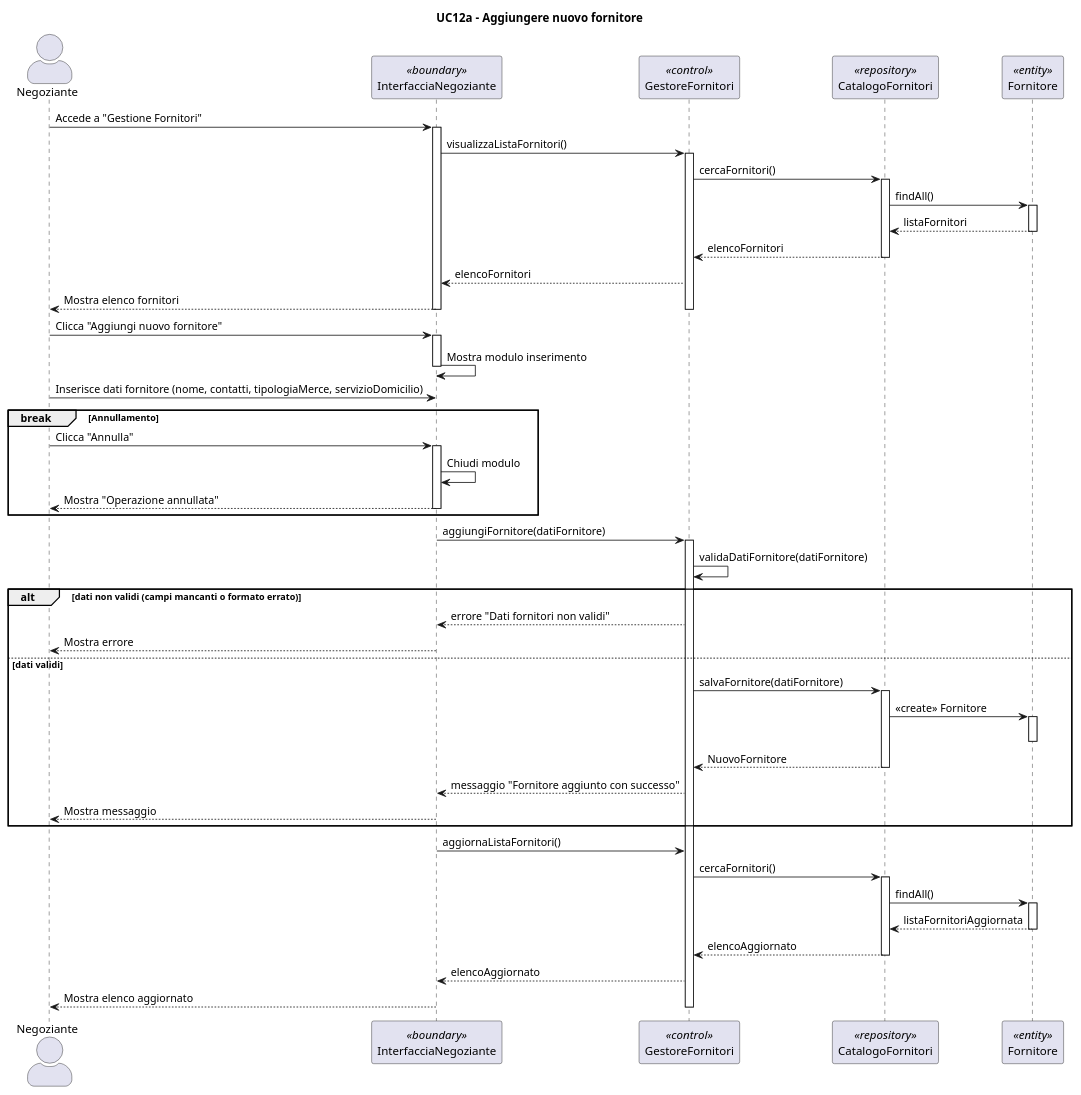
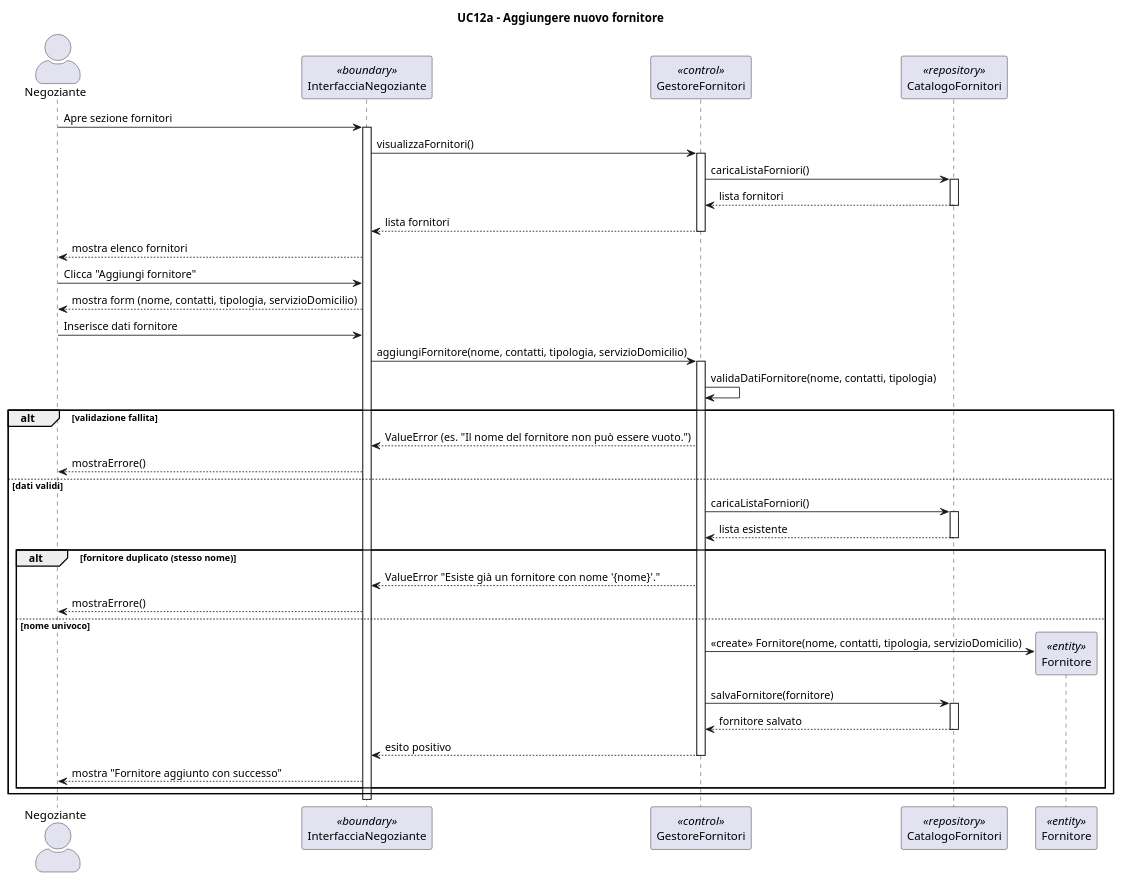
One commit to Samepsilon/FloWare changed the diagram in diagrammiUML/diagrammi di sequenza/UC12a_Aggiungere_Nuovo_Fornitore.puml. Above: the diagram before and after it, drawn with PlantUML. The commit also changed 19 other files, not shown here.

Commit message:
fine diagrammi di sequenza

```diff
--- a/diagrammiUML/diagrammi di sequenza/UC12a_Aggiungere_Nuovo_Fornitore.puml
+++ b/diagrammiUML/diagrammi di sequenza/UC12a_Aggiungere_Nuovo_Fornitore.puml
@@ -1,77 +1,60 @@
 @startuml
 title UC12a - Aggiungere nuovo fornitore
 skinparam actorStyle awesome
 
 actor "Negoziante" as N
 participant "InterfacciaNegoziante" as IN <<boundary>>
-participant "GestoreFornitori" as G <<control>>
+participant "GestoreFornitori" as GF <<control>>
 participant "CatalogoFornitori" as CF <<repository>>
 participant "Fornitore" as F <<entity>>
 
-N -> IN: Accede a "Gestione Fornitori"
+N -> IN: Apre sezione fornitori
 activate IN
-IN -> G: visualizzaListaFornitori()
-activate G
-G -> CF: cercaFornitori()
+IN -> GF: visualizzaFornitori()
+activate GF
+GF -> CF: caricaListaForniori()
 activate CF
-CF -> F: findAll()
-activate F
-F --> CF: listaFornitori
-deactivate F
-CF --> G: elencoFornitori
+CF --> GF: lista fornitori
 deactivate CF
-G --> IN: elencoFornitori
-IN --> N: Mostra elenco fornitori
-deactivate G
-deactivate IN
+GF --> IN: lista fornitori
+deactivate GF
+IN --> N: mostra elenco fornitori
 
-N -> IN: Clicca "Aggiungi nuovo fornitore"
-activate IN
-IN -> IN: Mostra modulo inserimento
-deactivate IN
-N -> IN: Inserisce dati fornitore (nome, contatti, tipologiaMerce, servizioDomicilio)
+N -> IN: Clicca "Aggiungi fornitore"
+IN --> N: mostra form (nome, contatti, tipologia, servizioDomicilio)
 
-break Annullamento
-    N -> IN: Clicca "Annulla"
-    activate IN
-    IN -> IN: Chiudi modulo
-    IN --> N: Mostra "Operazione annullata"
-    deactivate IN
+N -> IN: Inserisce dati fornitore
+IN -> GF: aggiungiFornitore(nome, contatti, tipologia, servizioDomicilio)
+activate GF
+
+GF -> GF: validaDatiFornitore(nome, contatti, tipologia)
+
+alt validazione fallita
+    GF --> IN: ValueError (es. "Il nome del fornitore non può essere vuoto.")
+    IN --> N: mostraErrore()
+else dati validi
+    GF -> CF: caricaListaForniori()
+    activate CF
+    CF --> GF: lista esistente
+    deactivate CF
+
+    alt fornitore duplicato (stesso nome)
+        GF --> IN: ValueError "Esiste già un fornitore con nome '{nome}'."
+        IN --> N: mostraErrore()
+    else nome univoco
+        create F
+        GF -> F: <<create>> Fornitore(nome, contatti, tipologia, servizioDomicilio)
+
+        GF -> CF: salvaFornitore(fornitore)
+        activate CF
+        CF --> GF: fornitore salvato
+        deactivate CF
+
+        GF --> IN: esito positivo
+        deactivate GF
+        IN --> N: mostra "Fornitore aggiunto con successo"
+    end
 end
 
-activate IN
-IN -> G: aggiungiFornitore(datiFornitore)
-activate G
-G -> G: validaDatiFornitore(datiFornitore)
-
-alt dati non validi (campi mancanti o formato errato)
-    G --> IN: errore "Dati fornitori non validi"
-    IN --> N: Mostra errore
-    
-else dati validi
-    G -> CF: salvaFornitore(datiFornitore)
-    activate CF
-    CF -> F: <<create>> Fornitore
-    activate F
-    deactivate F
-    CF --> G: NuovoFornitore
-    deactivate CF
-    G --> IN: messaggio "Fornitore aggiunto con successo"
-    IN --> N: Mostra messaggio
-end
-
-IN -> G: aggiornaListaFornitori()
-G -> CF: cercaFornitori()
-activate CF
-CF -> F: findAll()
-activate F
-F --> CF: listaFornitoriAggiornata
-deactivate F
-CF --> G: elencoAggiornato
-deactivate CF
-G --> IN: elencoAggiornato
-IN --> N: Mostra elenco aggiornato
-
-deactivate G
 deactivate IN
 @enduml
```
